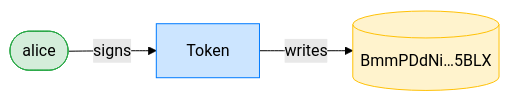
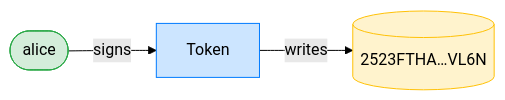
Before and after one commit to cds-rs/subscriptions: diagram 15 of 28 in dsl_tests/recurring-transfer-after-a-token-revoke-is-refused-until-re-approved-for-the-max.md, drawn with Mermaid (forest theme). The commit also changed other lines of this file and 224 other files, not shown here.

````diff
--- a/dsl_tests/recurring-transfer-after-a-token-revoke-is-refused-until-re-approved-for-the-max.md
+++ b/dsl_tests/recurring-transfer-after-a-token-revoke-is-refused-until-re-approved-for-the-max.md
@@ -295,11 +310,11 @@
 ```mermaid
 flowchart LR
     classDef signer fill:#d4edda,stroke:#28a745;
     classDef program fill:#cce5ff,stroke:#007bff;
     classDef writable fill:#fff3cd,stroke:#ffc107;
     Token[Token]:::program
-    BmmPDdNi_5BLX[("BmmPDdNi…5BLX")]:::writable
+    2523FTHA_VL6N[("2523FTHA…VL6N")]:::writable
     alice([alice]):::signer
     alice -->|signs| Token
-    Token -->|writes| BmmPDdNi_5BLX
+    Token -->|writes| 2523FTHA_VL6N
 ```
````
